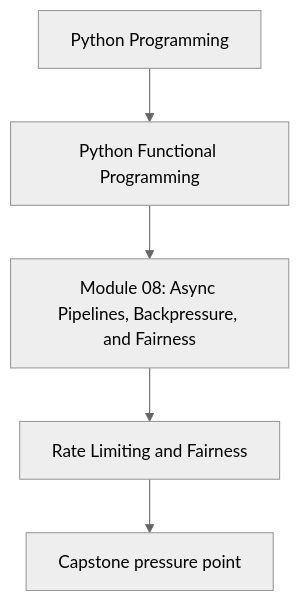
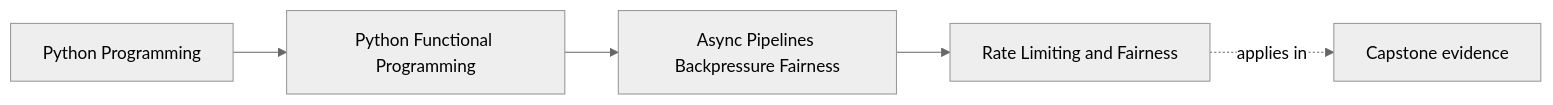
The first of 2 diagrams in programs/python-programming/python-functional-programming/course-book/module-08-async-pipelines-backpressure-fairness/rate-limiting-and-fairness.md (bijux/bijux-masterclass), drawn with Mermaid (neutral theme) before and after one commit. The commit also changed other lines of this file and 108 other files, not shown here.

Commit message:
docs(python-functional-programming): map capstone and advanced design surfaces

````diff
--- a/programs/python-programming/python-functional-programming/course-book/module-08-async-pipelines-backpressure-fairness/rate-limiting-and-fairness.md
+++ b/programs/python-programming/python-functional-programming/course-book/module-08-async-pipelines-backpressure-fairness/rate-limiting-and-fairness.md
@@ -7,7 +7,11 @@
 ```mermaid
-flowchart TD
-  family["Python Programming"] --> program["Python Functional Programming"]
-  program --> module["Module 08: Async Pipelines, Backpressure, and Fairness"]
-  module --> concept["Rate Limiting and Fairness"]
-  concept --> capstone["Capstone pressure point"]
+graph LR
+  family["Python Programming"]
+  program["Python Functional Programming"]
+  section["Async Pipelines Backpressure Fairness"]
+  page["Rate Limiting and Fairness"]
+  capstone["Capstone evidence"]
+
+  family --> program --> section --> page
+  page -.applies in.-> capstone
 ```
````
